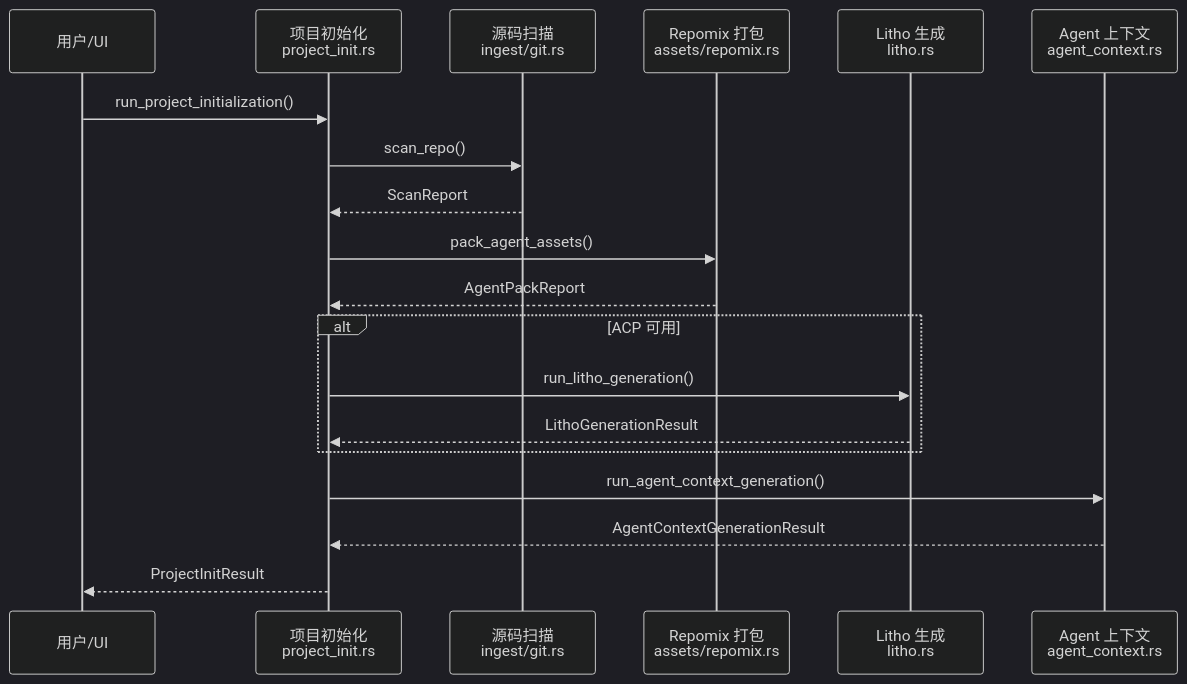
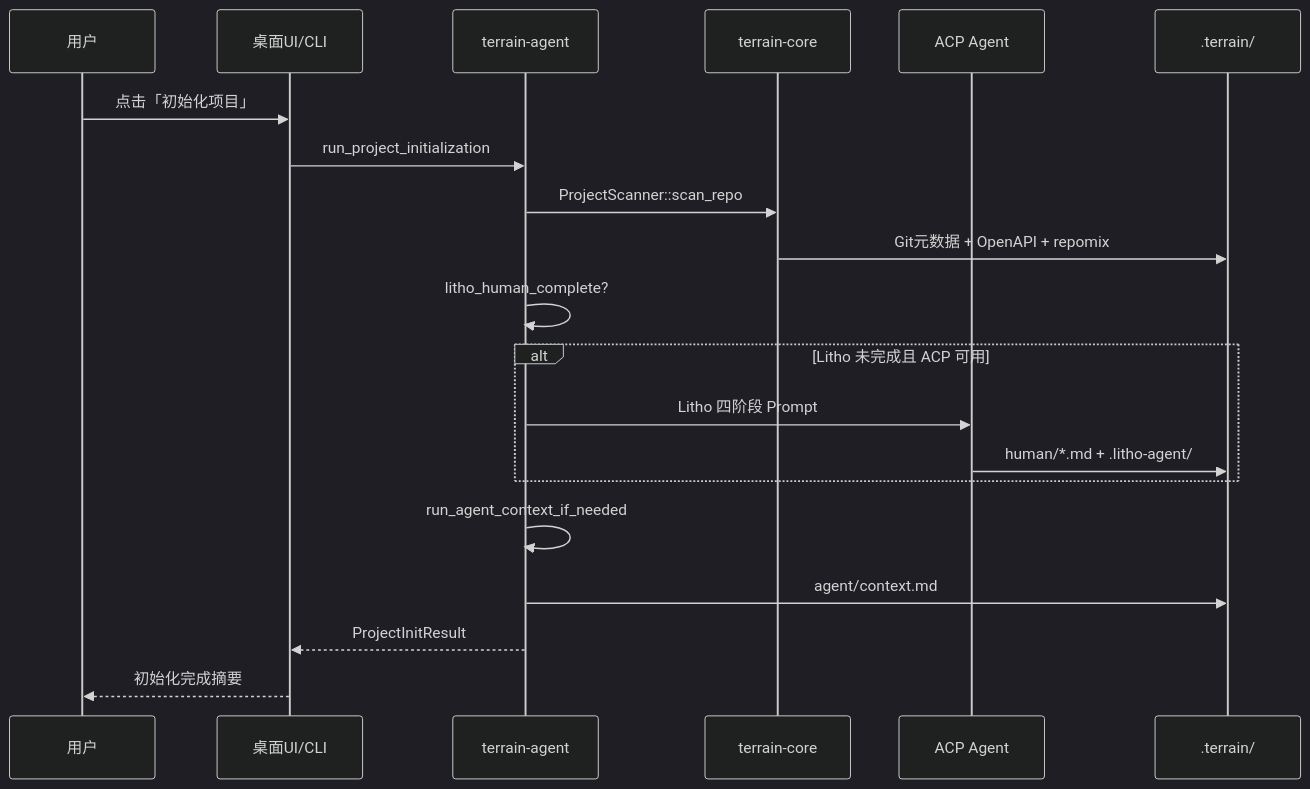
The fifth of 6 diagrams in .terrain/human/2.架构.md (sopaco/terrain), drawn with Mermaid (dark theme) before and after one commit. The commit also changed other lines of this file and 27 other files, not shown here.

````diff
--- a/.terrain/human/2.架构.md
+++ b/.terrain/human/2.架构.md
@@ -238,22 +241,23 @@
 ```mermaid
 sequenceDiagram
-    participant User as 用户/UI
-    participant Init as 项目初始化<br/>project_init.rs
-    participant Scanner as 源码扫描<br/>ingest/git.rs
-    participant Packer as Repomix 打包<br/>assets/repomix.rs
-    participant Litho as Litho 生成<br/>litho.rs
-    participant Ctx as Agent 上下文<br/>agent_context.rs
+    participant User as 用户
+    participant UI as 桌面UI/CLI
+    participant Agent as terrain-agent
+    participant Core as terrain-core
+    participant ACP as ACP Agent
+    participant Disk as .terrain/
 
-    User->>Init: run_project_initialization()
-    Init->>Scanner: scan_repo()
-    Scanner-->>Init: ScanReport
-    Init->>Packer: pack_agent_assets()
-    Packer-->>Init: AgentPackReport
-    alt ACP 可用
-        Init->>Litho: run_litho_generation()
-        Litho-->>Init: LithoGenerationResult
+    User->>UI: 点击「初始化项目」
+    UI->>Agent: run_project_initialization
+    Agent->>Core: ProjectScanner::scan_repo
+    Core->>Disk: Git元数据 + OpenAPI + repomix
+    Agent->>Agent: litho_human_complete?
+    alt Litho 未完成且 ACP 可用
+        Agent->>ACP: Litho 四阶段 Prompt
+        ACP->>Disk: human/*.md + .litho-agent/
     end
-    Init->>Ctx: run_agent_context_generation()
-    Ctx-->>Init: AgentContextGenerationResult
-    Init-->>User: ProjectInitResult
+    Agent->>Agent: run_agent_context_if_needed
+    Agent->>Disk: agent/context.md
+    Agent-->>UI: ProjectInitResult
+    UI-->>User: 初始化完成摘要
 ```
````
